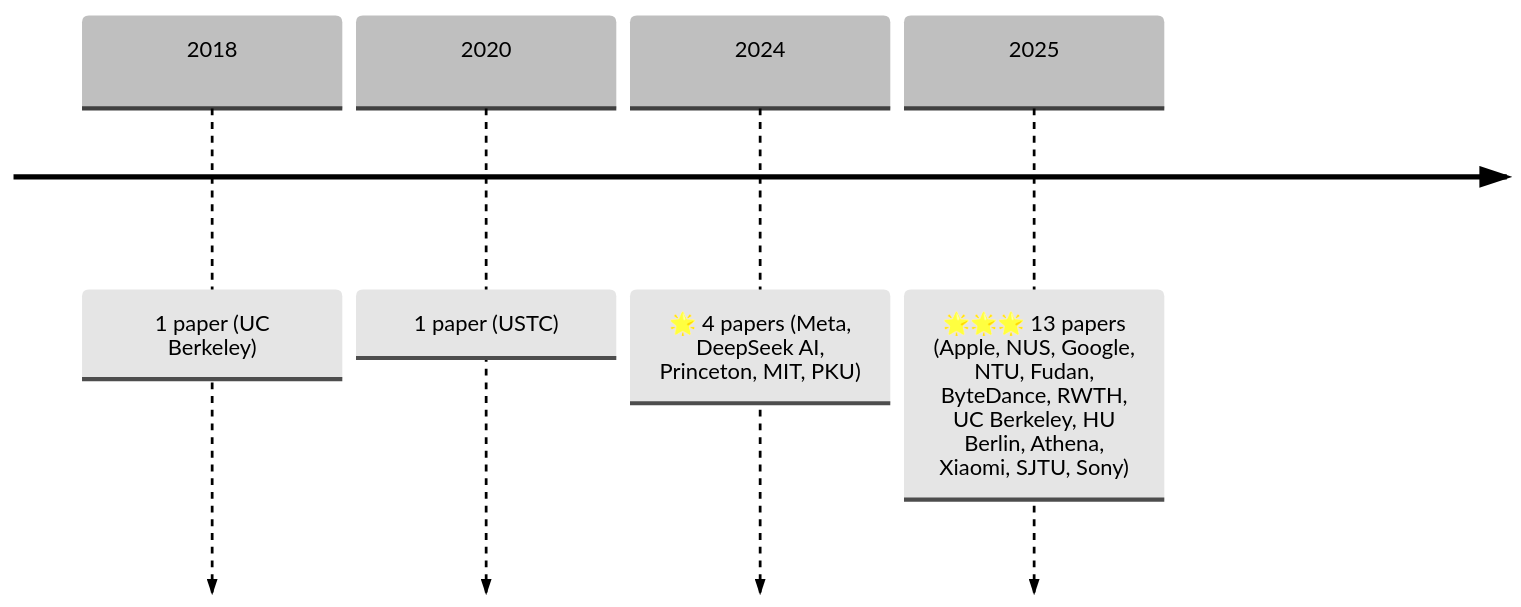
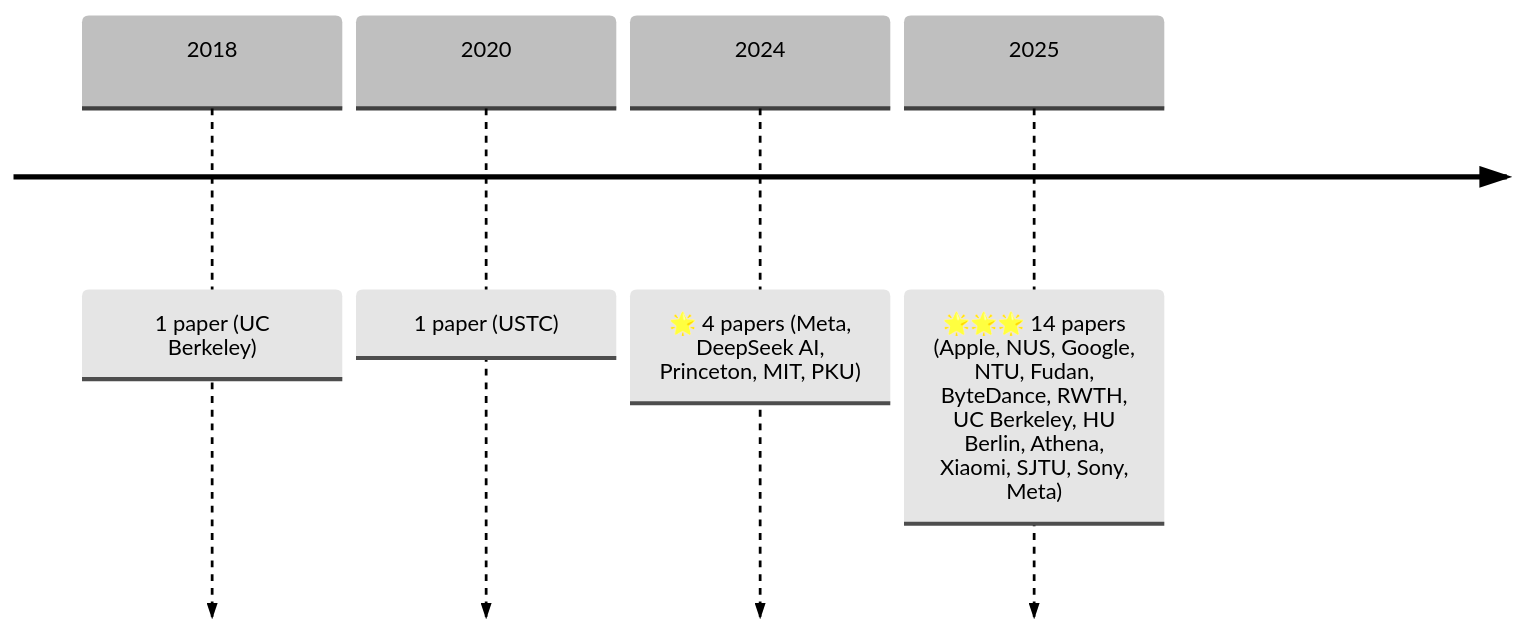
The diagram in README.md (Xiaohao-Liu/Awesome-Multi-Token-Prediction), drawn with Mermaid before and after one commit. The commit also changed other lines of this file, not shown here.

````diff
--- a/README.md
+++ b/README.md
@@ -10,19 +10,19 @@
 ```mermaid
 ---
 config:
   theme: base
   themeVariables:
     primaryColor: '#ffffff'
     primaryTextColor: '#000000'
     primaryBorderColor: '#ffffff'
     lineColor: '#ffffff'
     secondaryColor: '#ffffff'
     tertiaryColor: '#ffffff'
 ---
 timeline
     2018: 1 paper (UC Berkeley)
     2020: 1 paper (USTC)
     2024: 🌟 4 papers (Meta, DeepSeek AI, Princeton, MIT, PKU)
-    2025: 🌟🌟🌟 13 papers (Apple, NUS, Google, NTU, Fudan, ByteDance, RWTH, UC Berkeley, HU Berlin, Athena, Xiaomi, SJTU, Sony)
+    2025: 🌟🌟🌟 14 papers (Apple, NUS, Google, NTU, Fudan, ByteDance, RWTH, UC Berkeley, HU Berlin, Athena, Xiaomi, SJTU, Sony, Meta)
 
 ```
````
